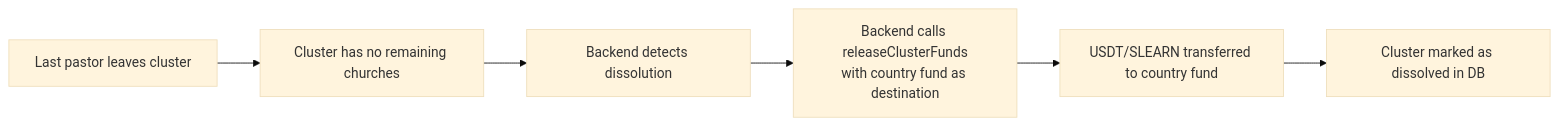
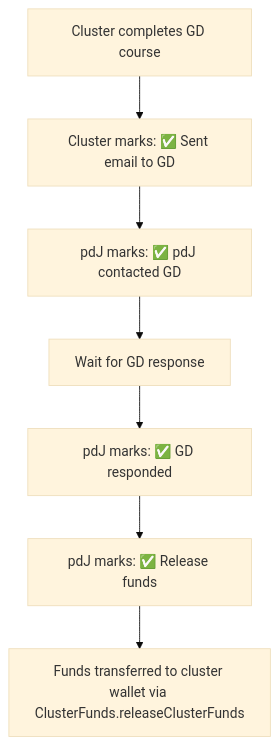
The first of 2 diagrams in REQ/155.md (pasosdeJesus/learn.tg), drawn with Mermaid (base theme) before and after one commit. The commit also changed other lines of this file and 12 other files, not shown here.

````diff
--- a/REQ/155.md
+++ b/REQ/155.md
@@ -131,8 +149,9 @@
 ```mermaid
-flowchart LR
-    A[Last pastor leaves cluster] --> B[Cluster has no remaining churches]
-    B --> C[Backend detects dissolution]
-    C --> D[Backend calls releaseClusterFunds<br/>with country fund as destination]
-    D --> E[USDT/SLEARN transferred to country fund]
-    E --> F[Cluster marked as dissolved in DB]
+flowchart TB
+    A[Cluster completes GD course] --> B[Cluster marks: ✅ Sent email to GD]
+    B --> C[pdJ marks: ✅ pdJ contacted GD]
+    C --> D[Wait for GD response]
+    D --> E[pdJ marks: ✅ GD responded]
+    E --> F[pdJ marks: ✅ Release funds]
+    F --> G[Funds transferred to cluster wallet via ClusterFunds.releaseClusterFunds]
 ```
````
